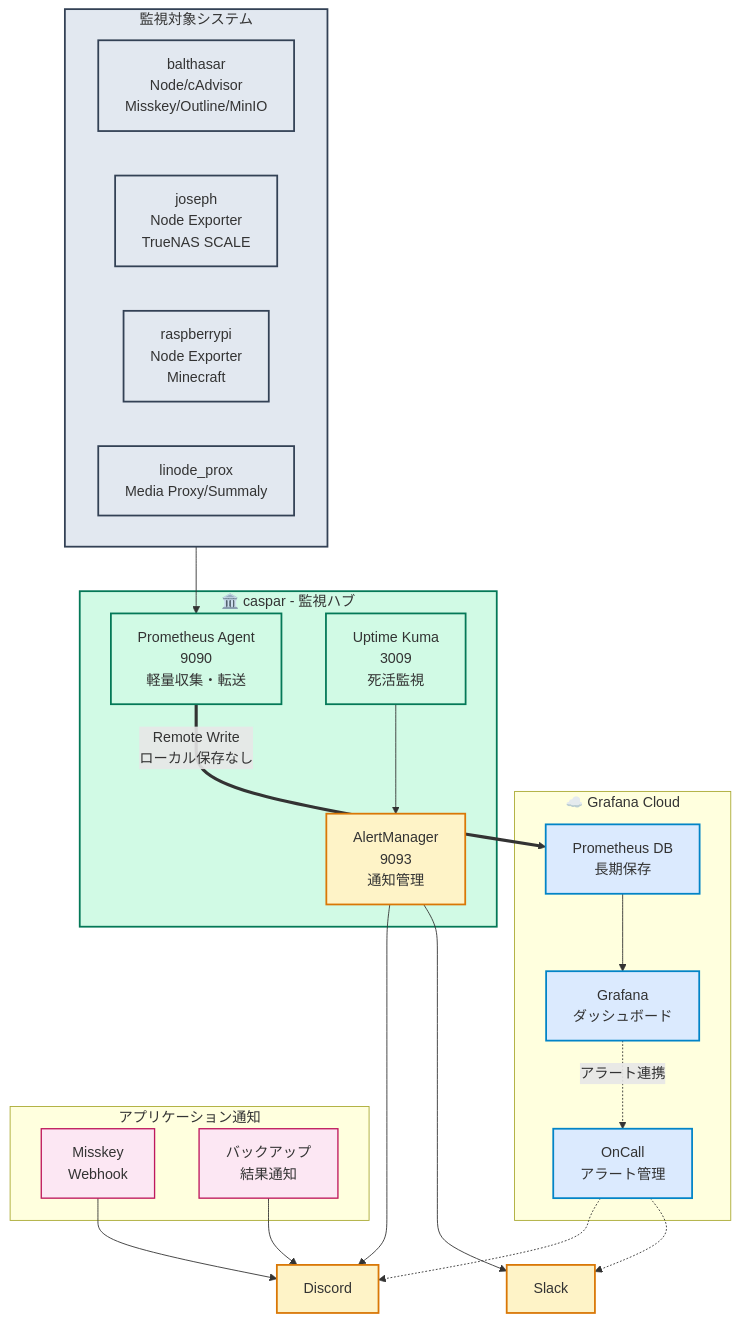
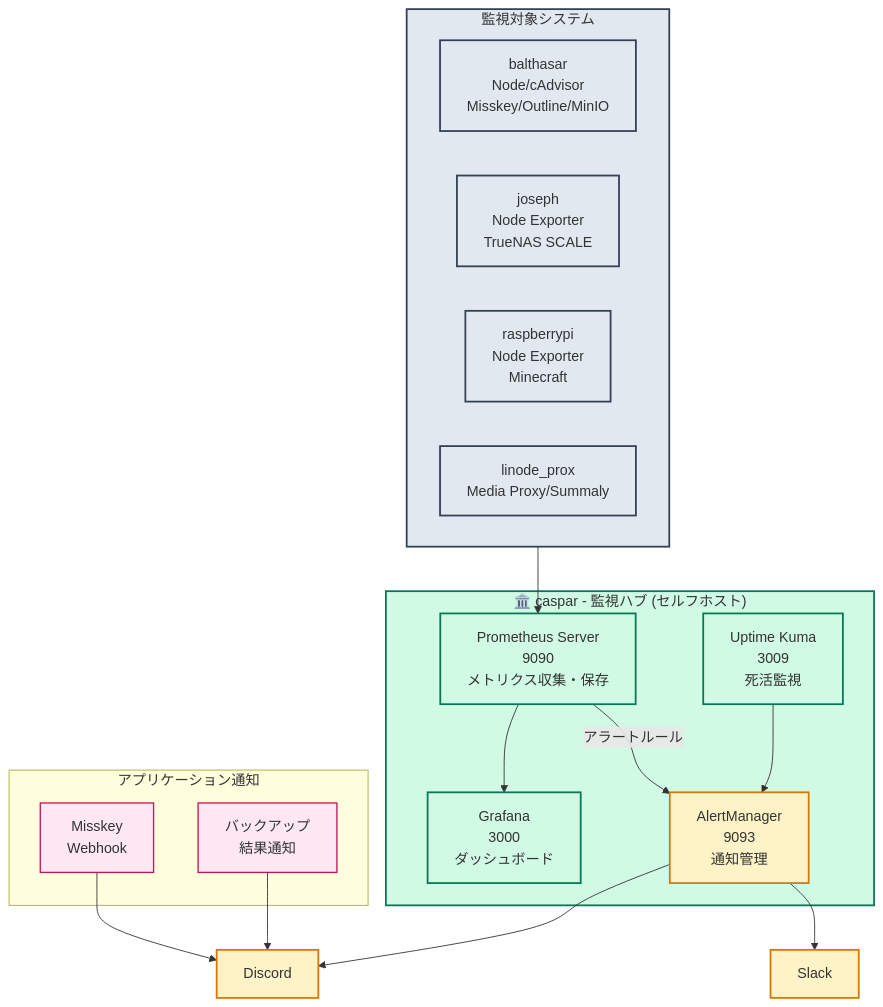
One commit to yamisskey-dev/hosted-list changed the fourth of 6 diagrams in README.md. Above: the diagram before and after it, drawn with Mermaid.

````diff
--- a/README.md
+++ b/README.md
@@ -272,63 +272,53 @@
 ```mermaid
 graph TB
     %% Style definitions
     classDef monitoring fill:#d1fae5,stroke:#047857,stroke-width:2px
     classDef homeServer fill:#e2e8f0,stroke:#334155,stroke-width:2px
-    classDef cloud fill:#dbeafe,stroke:#0284c7,stroke-width:2px
     classDef alert fill:#fef3c7,stroke:#d97706,stroke-width:2px
     classDef app fill:#fce7f3,stroke:#be185d,stroke-width:1.5px
-
-    %% Grafana Cloud
-    subgraph grafana_cloud["☁️ Grafana Cloud"]
-        grafana["Grafana<br/>ダッシュボード"]:::cloud
-        storage["Prometheus DB<br/>長期保存"]:::cloud
-        oncall["OnCall<br/>アラート管理"]:::cloud
-    end
-
-    %% Monitoring Hub (caspar)
-    subgraph caspar["🏛️ caspar - 監視ハブ"]
-        prometheus_agent["Prometheus Agent<br/>9090<br/>軽量収集・転送"]:::monitoring
+    
+    %% Monitoring Hub (caspar) - セルフホスト化
+    subgraph caspar["🏛️ caspar - 監視ハブ (セルフホスト)"]
+        prometheus["Prometheus Server<br/>9090<br/>メトリクス収集・保存"]:::monitoring
+        grafana["Grafana<br/>3000<br/>ダッシュボード"]:::monitoring
         uptime["Uptime Kuma<br/>3009<br/>死活監視"]:::monitoring
         alertmgr["AlertManager<br/>9093<br/>通知管理"]:::alert
     end
-
+    
     %% All Monitored Systems (consolidated)
     subgraph systems["監視対象システム"]
         balthasar_node["balthasar<br/>Node/cAdvisor<br/>Misskey/Outline/MinIO"]:::homeServer
         joseph_node["joseph<br/>Node Exporter<br/>TrueNAS SCALE"]:::homeServer
         raspberry_node["raspberrypi<br/>Node Exporter<br/>Minecraft"]:::homeServer
         linode_node["linode_prox<br/>Media Proxy/Summaly"]:::homeServer
     end
-
+    
     %% Application Notifications
     subgraph app_notify["アプリケーション通知"]
         misskey_webhook["Misskey<br/>Webhook"]:::app
         backup_notify["バックアップ<br/>結果通知"]:::app
     end
-
+    
     %% External Notifications
     discord["Discord"]:::alert
     slack["Slack"]:::alert
-
-    %% Monitoring Flow (Agent mode)
-    systems --> prometheus_agent
-    prometheus_agent ==>|Remote Write<br/>ローカル保存なし| storage
-    storage --> grafana
+    
+    %% Monitoring Flow (Full Prometheus)
+    systems --> prometheus
+    prometheus --> grafana
     
     %% Alert Flow
     uptime --> alertmgr
-    grafana -.->|アラート連携| oncall
+    prometheus -->|アラートルール| alertmgr
     
     alertmgr --> discord
     alertmgr --> slack
-    oncall -.-> discord
-    oncall -.-> slack
-
+    
     %% Direct App Notifications
     misskey_webhook --> discord
     backup_notify --> discord
-
+    
     %% Apply styles
     class caspar monitoring
     class systems homeServer
 ```
````
